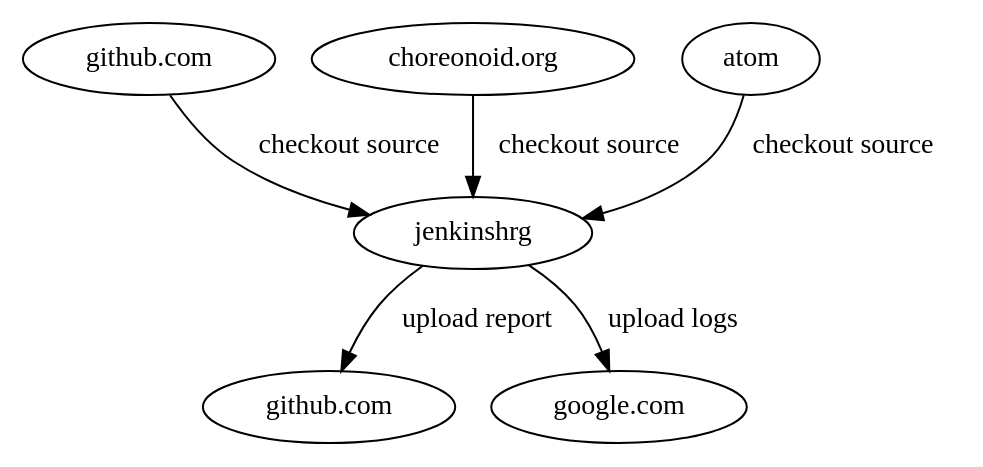
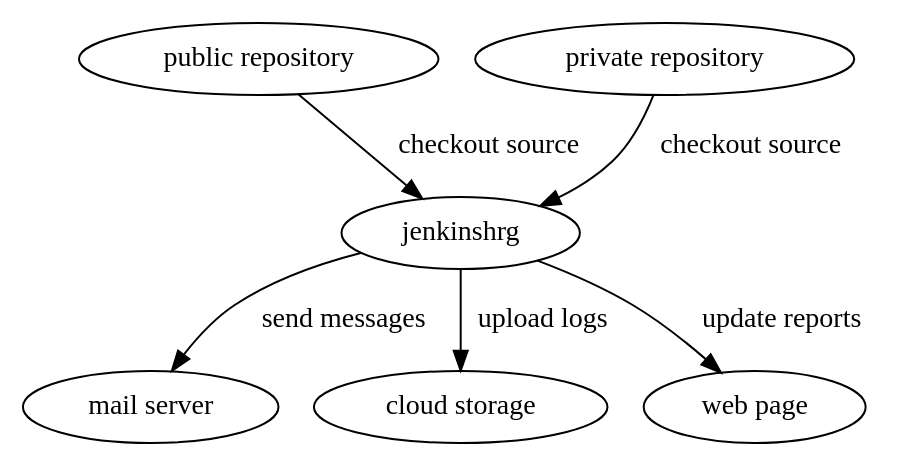
One commit to jenkinshrg/buildfarm-doc changed the diagram in overview.rst. Above: the diagram before and after it, drawn with Graphviz.

```diff
--- a/overview.rst
+++ b/overview.rst
@@ -12,15 +12,15 @@
 .. graphviz::
 
    digraph {
-      source1 [label="github.com"];
-      source2 [label="choreonoid.org"];
-      source3 [label="atom"];
+      source1 [label="public repository"];
+      source2 [label="private repository"];
       build [label="jenkinshrg"];
-      report1 [label="github.com"];
-      report2 [label="google.com"];
+      report1 [label="mail server"];
+      report2 [label="cloud storage"];
+      report3 [label="web page"];
       source1 -> build [label="checkout source"];
       source2 -> build [label="checkout source"];
-      source3 -> build [label="checkout source"];
-      build -> report1 [label="upload report"];
+      build -> report1 [label="send messages"];
       build -> report2 [label="upload logs"];
+      build -> report3 [label="update reports"];
    }
```
